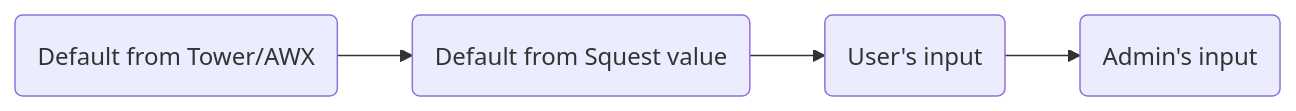
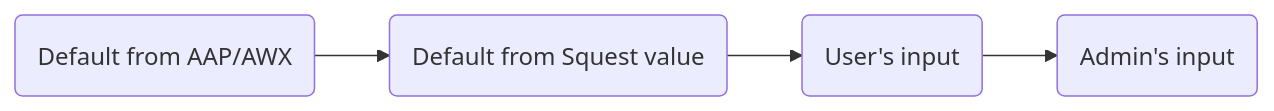
The second of 2 diagrams in docs/manual/service_catalog/operation.md (HewlettPackard/squest), drawn with Mermaid before and after one commit. The commit also changed other lines of this file and 17 other files, not shown here.

Commit message:
Replace Tower by AAP in documentation

````diff
--- a/docs/manual/service_catalog/operation.md
+++ b/docs/manual/service_catalog/operation.md
@@ -128,4 +128,4 @@
 ```mermaid
 flowchart LR
-    tower(Default from Tower/AWX) --> squest(Default from Squest value) --> User(User's input)  --> Admin(Admin's input)
+    AAP/AWX(Default from AAP/AWX) --> squest(Default from Squest value) --> User(User's input)  --> Admin(Admin's input)
 ```
````
